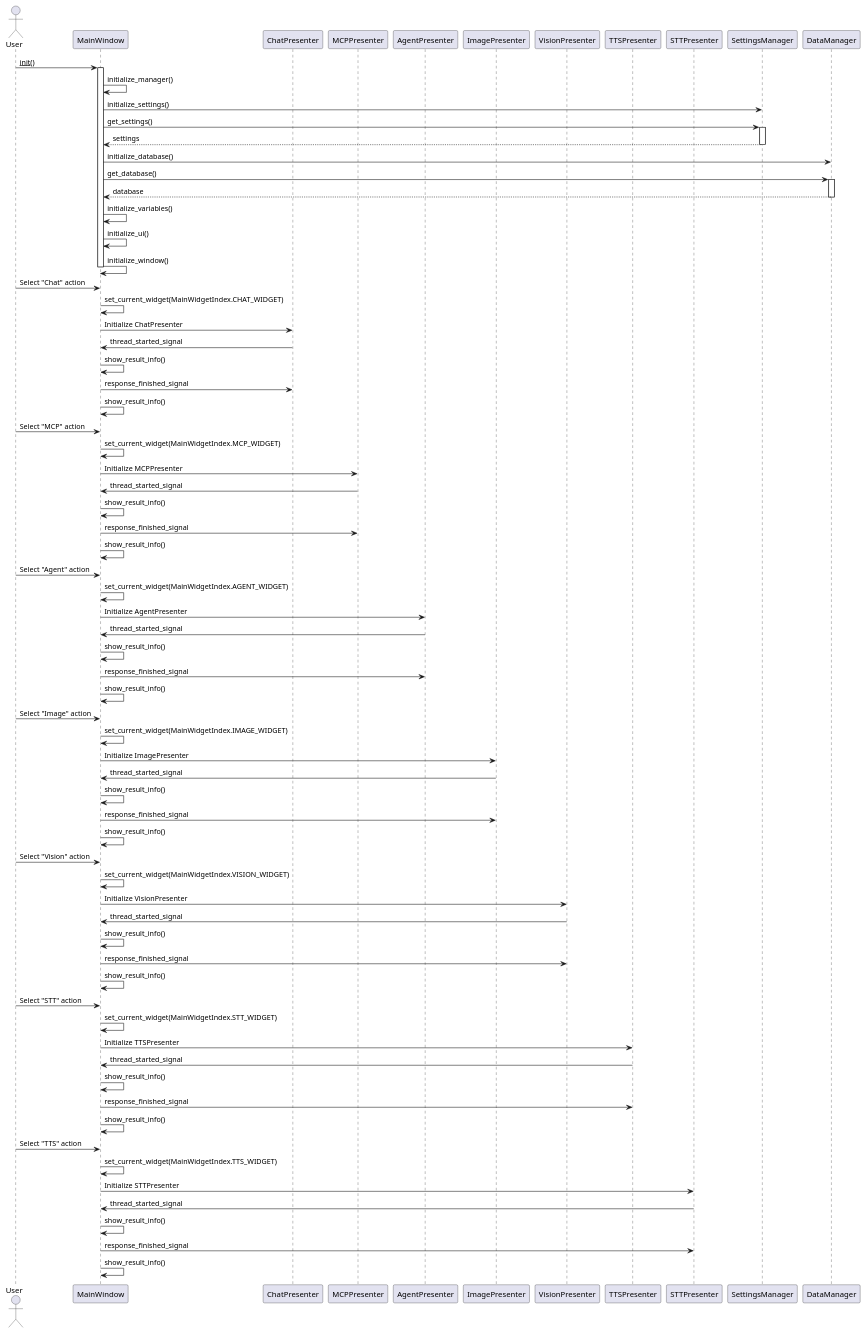
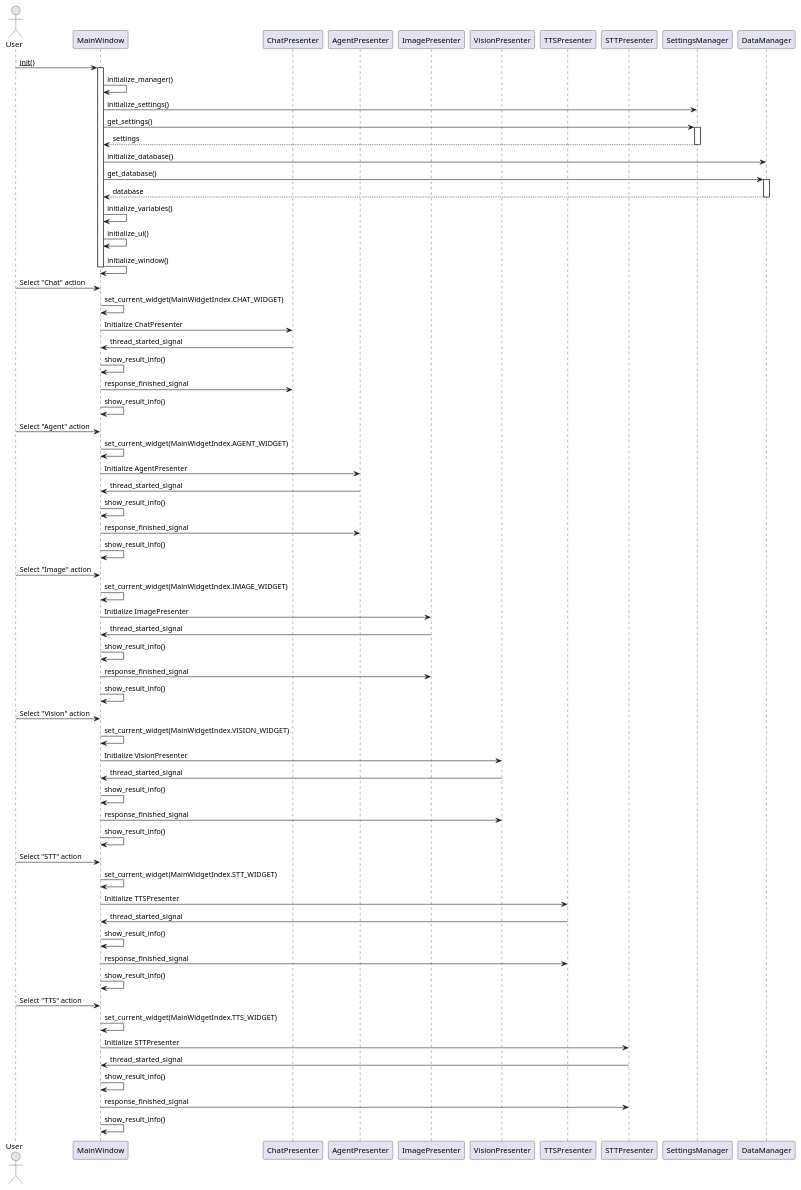
Before and after one commit to hyun-yang/MyChatGPT: the diagram in uml/main_uml/main_sequence.puml, drawn with PlantUML. The commit also changed 6 other files, not shown here.

Commit message:
Added MCP checkbox Updated UML and README.md

```diff
--- a/uml/main_uml/main_sequence.puml
+++ b/uml/main_uml/main_sequence.puml
@@ -1,87 +1,78 @@
 @startuml
 actor User
 participant MainWindow
 participant ChatPresenter
-participant MCPPresenter
 participant AgentPresenter
 participant ImagePresenter
 participant VisionPresenter
 participant TTSPresenter
 participant STTPresenter
 
 User -> MainWindow: __init__()
 activate MainWindow
 MainWindow -> MainWindow: initialize_manager()
 MainWindow -> SettingsManager: initialize_settings()
 MainWindow -> SettingsManager: get_settings()
 activate SettingsManager
 SettingsManager --> MainWindow: settings
 deactivate SettingsManager
 MainWindow -> DataManager: initialize_database()
 MainWindow -> DataManager: get_database()
 activate DataManager
 DataManager --> MainWindow: database
 deactivate DataManager
 MainWindow -> MainWindow: initialize_variables()
 MainWindow -> MainWindow: initialize_ui()
 MainWindow -> MainWindow: initialize_window()
 deactivate MainWindow
 
 User -> MainWindow: Select "Chat" action
 MainWindow -> MainWindow: set_current_widget(MainWidgetIndex.CHAT_WIDGET)
 MainWindow -> ChatPresenter: Initialize ChatPresenter
 ChatPresenter -> MainWindow: thread_started_signal
 MainWindow -> MainWindow: show_result_info()
 MainWindow -> ChatPresenter: response_finished_signal
-MainWindow -> MainWindow: show_result_info()
-
-User -> MainWindow: Select "MCP" action
-MainWindow -> MainWindow: set_current_widget(MainWidgetIndex.MCP_WIDGET)
-MainWindow -> MCPPresenter: Initialize MCPPresenter
-MCPPresenter -> MainWindow: thread_started_signal
-MainWindow -> MainWindow: show_result_info()
-MainWindow -> MCPPresenter: response_finished_signal
 MainWindow -> MainWindow: show_result_info()
 
 User -> MainWindow: Select "Agent" action
 MainWindow -> MainWindow: set_current_widget(MainWidgetIndex.AGENT_WIDGET)
 MainWindow -> AgentPresenter: Initialize AgentPresenter
 AgentPresenter -> MainWindow: thread_started_signal
 MainWindow -> MainWindow: show_result_info()
 MainWindow -> AgentPresenter: response_finished_signal
 MainWindow -> MainWindow: show_result_info()
 
 User -> MainWindow: Select "Image" action
 MainWindow -> MainWindow: set_current_widget(MainWidgetIndex.IMAGE_WIDGET)
 MainWindow -> ImagePresenter: Initialize ImagePresenter
 ImagePresenter -> MainWindow: thread_started_signal
 MainWindow -> MainWindow: show_result_info()
 MainWindow -> ImagePresenter: response_finished_signal
 MainWindow -> MainWindow: show_result_info()
 
 User -> MainWindow: Select "Vision" action
 MainWindow -> MainWindow: set_current_widget(MainWidgetIndex.VISION_WIDGET)
 MainWindow -> VisionPresenter: Initialize VisionPresenter
 VisionPresenter -> MainWindow: thread_started_signal
 MainWindow -> MainWindow: show_result_info()
 MainWindow -> VisionPresenter: response_finished_signal
 MainWindow -> MainWindow: show_result_info()
 
 User -> MainWindow: Select "STT" action
 MainWindow -> MainWindow: set_current_widget(MainWidgetIndex.STT_WIDGET)
 MainWindow -> TTSPresenter: Initialize TTSPresenter
 TTSPresenter -> MainWindow: thread_started_signal
 MainWindow -> MainWindow: show_result_info()
 MainWindow -> TTSPresenter: response_finished_signal
 MainWindow -> MainWindow: show_result_info()
 
 User -> MainWindow: Select "TTS" action
 MainWindow -> MainWindow: set_current_widget(MainWidgetIndex.TTS_WIDGET)
 MainWindow -> STTPresenter: Initialize STTPresenter
 STTPresenter -> MainWindow: thread_started_signal
 MainWindow -> MainWindow: show_result_info()
 MainWindow -> STTPresenter: response_finished_signal
 MainWindow -> MainWindow: show_result_info()
 
 
 @enduml
```
